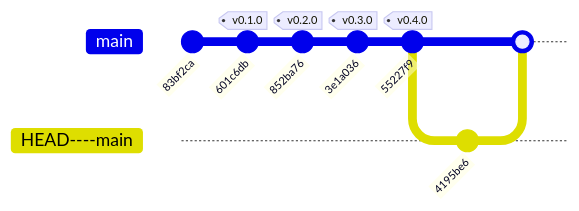
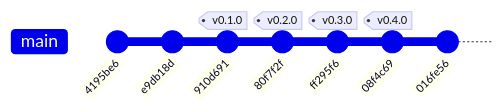
One commit to higerotech/despliegue-continuo changed the diagram in docs/03-implementation/repo-history.md. Above: the diagram before and after it, drawn with Mermaid. The commit also changed other lines of this file, not shown here.

````diff
--- a/docs/03-implementation/repo-history.md
+++ b/docs/03-implementation/repo-history.md
@@ -26,13 +28,10 @@
 ```mermaid
 gitGraph
-    commit id: "83bf2ca"
-    commit id: "601c6db" tag: "v0.1.0"
-    commit id: "852ba76" tag: "v0.2.0"
-    commit id: "3e1a036" tag: "v0.3.0"
-    commit id: "55227f9" tag: "v0.4.0"
-    branch HEAD----main
-    checkout HEAD----main
     commit id: "4195be6"
-    checkout main
-    merge HEAD----main
+    commit id: "e9db18d"
+    commit id: "910d691" tag: "v0.1.0"
+    commit id: "80f7f2f" tag: "v0.2.0"
+    commit id: "ff295f6" tag: "v0.3.0"
+    commit id: "08f4c69" tag: "v0.4.0"
+    commit id: "016fe56"
 ```
````
